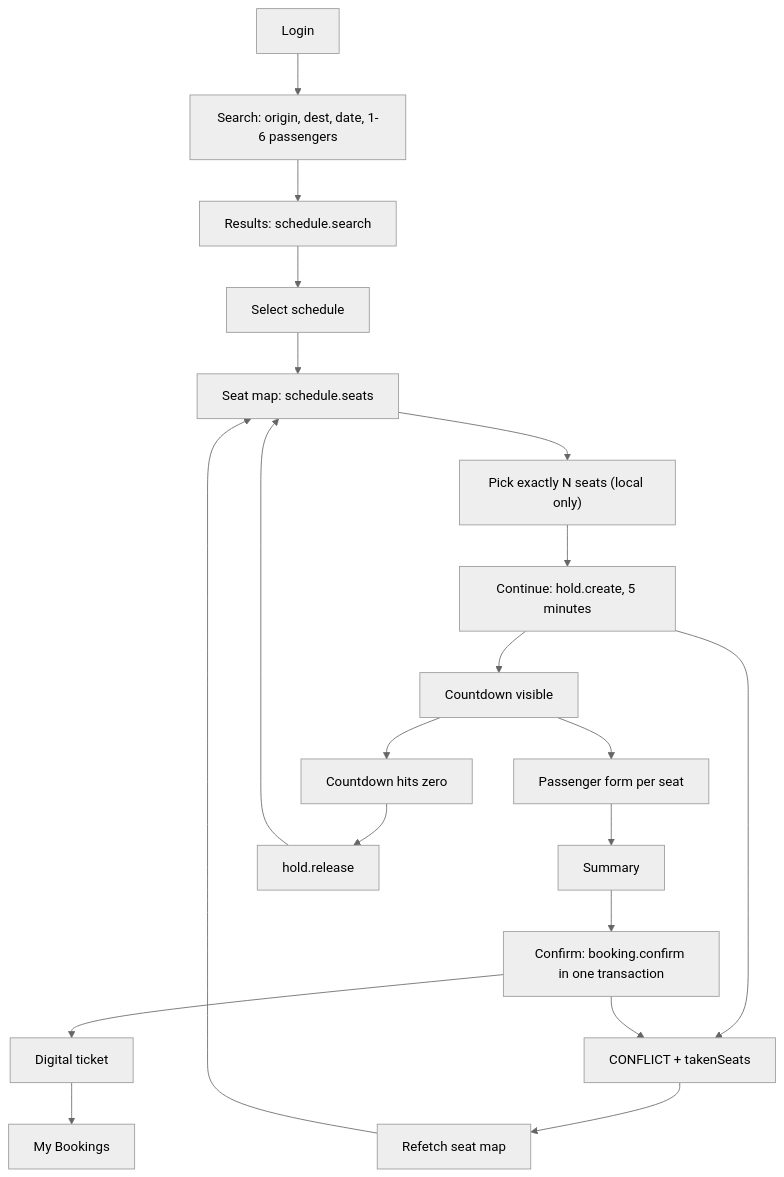
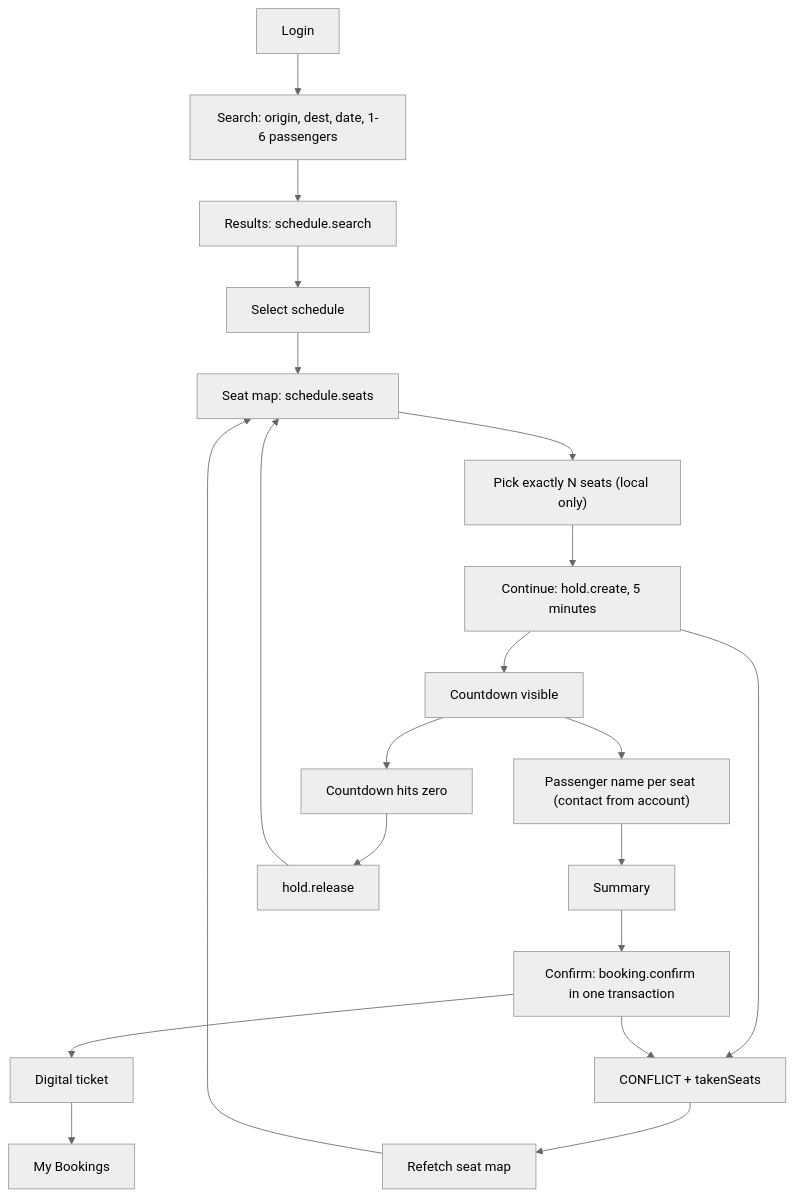
Before and after one commit to EMB-revenge/journey-for-all-jfa: the diagram in docs/passenger_flow.mermaid, drawn with Mermaid (neutral theme). The commit also changed 4 other files, not shown here.

Commit message:
docs: describe account contact details on bookings

```diff
--- a/docs/passenger_flow.mermaid
+++ b/docs/passenger_flow.mermaid
@@ -1,22 +1,22 @@
 graph TD
     A["Login"] --> B["Search: origin, dest, date, 1-6 passengers"]
     B --> C["Results: schedule.search"]
     C --> D["Select schedule"]
     D --> E["Seat map: schedule.seats"]
     E --> F["Pick exactly N seats (local only)"]
     F --> G["Continue: hold.create, 5 minutes"]
     G --> H["Countdown visible"]
-    H --> I["Passenger form per seat"]
+    H --> I["Passenger name per seat (contact from account)"]
     I --> J["Summary"]
     J --> K["Confirm: booking.confirm in one transaction"]
     K --> L["Digital ticket"]
     L --> M["My Bookings"]
 
     G --> N["CONFLICT + takenSeats"]
     K --> N
     N --> O["Refetch seat map"]
     O --> E
 
     H --> P["Countdown hits zero"]
     P --> Q["hold.release"]
     Q --> E
```
